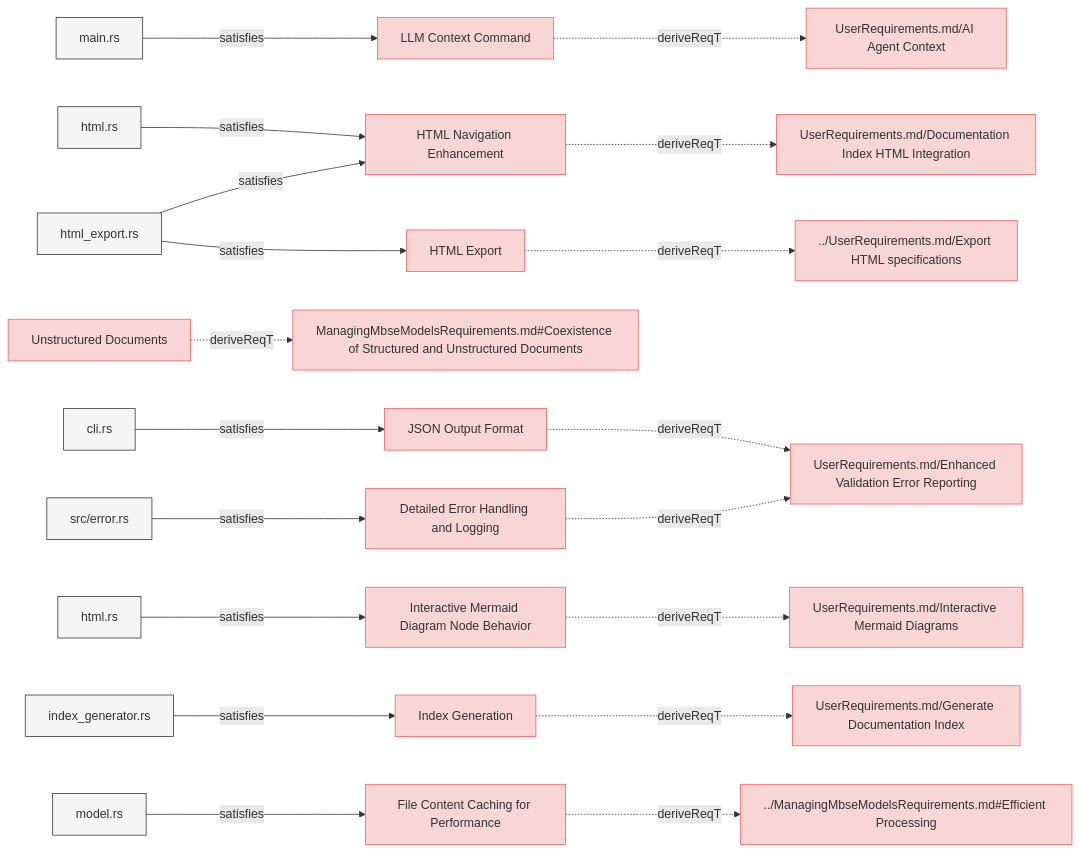
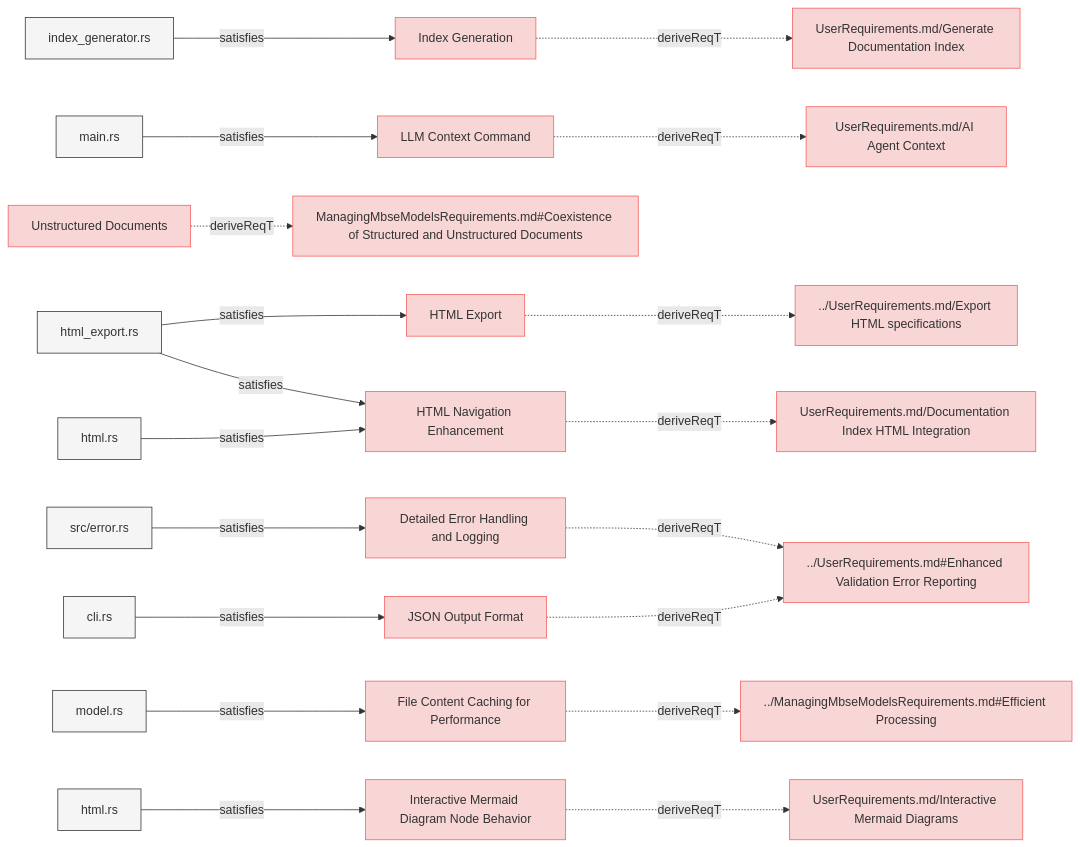
One commit to reqvire-org/reqvire changed the third of 8 diagrams in specifications/SystemRequirements/Requirements.md. Above: the diagram before and after it, drawn with Mermaid. The commit also changed other lines of this file and 16 other files, not shown here.

````diff
--- a/specifications/SystemRequirements/Requirements.md
+++ b/specifications/SystemRequirements/Requirements.md
@@ -236,97 +236,97 @@
   classDef externalLink fill:#d0e0ff,stroke:#3080ff,stroke-width:1px;
   classDef default fill:#f5f5f5,stroke:#333333,stroke-width:1px;
 
+  3b4bfa0725509a0e["Index Generation"];
+  click 3b4bfa0725509a0e "https://github.com/Reqvire/reqvire/blob/30536324899084e88969175e3613c971ffa6e108/specifications/SystemRequirements/Requirements.md#index-generation";
+  class 3b4bfa0725509a0e requirement;
+  9019be8bfdc22b35["UserRequirements.md/Generate Documentation Index"];
+  class 9019be8bfdc22b35 requirement;
+  click 9019be8bfdc22b35 "https://github.com/Reqvire/reqvire/blob/30536324899084e88969175e3613c971ffa6e108/specifications/UserRequirements.md#generate-documentation-index";
+  3b4bfa0725509a0e -.->|deriveReqT| 9019be8bfdc22b35;
+  3461f4a59371fd45["index_generator.rs"];
+  class 3461f4a59371fd45 default;
+  click 3461f4a59371fd45 "https://github.com/Reqvire/reqvire/blob/30536324899084e88969175e3613c971ffa6e108/core/src/index_generator.rs";
+  3461f4a59371fd45 -->|satisfies| 3b4bfa0725509a0e;
   d177913fffd1ed11["LLM Context Command"];
-  click d177913fffd1ed11 "https://github.com/Reqvire/reqvire/blob/92e82ef235559b4819fd85d700024b79b452d8e3/specifications/SystemRequirements/Requirements.md#llm-context-command";
+  click d177913fffd1ed11 "https://github.com/Reqvire/reqvire/blob/30536324899084e88969175e3613c971ffa6e108/specifications/SystemRequirements/Requirements.md#llm-context-command";
   class d177913fffd1ed11 requirement;
   7fd9156eac77c270["UserRequirements.md/AI Agent Context"];
   class 7fd9156eac77c270 requirement;
-  click 7fd9156eac77c270 "https://github.com/Reqvire/reqvire/blob/92e82ef235559b4819fd85d700024b79b452d8e3/specifications/UserRequirements.md#ai-agent-context";
+  click 7fd9156eac77c270 "https://github.com/Reqvire/reqvire/blob/30536324899084e88969175e3613c971ffa6e108/specifications/UserRequirements.md#ai-agent-context";
   d177913fffd1ed11 -.->|deriveReqT| 7fd9156eac77c270;
   615a0f4ad2620118["main.rs"];
   class 615a0f4ad2620118 default;
-  click 615a0f4ad2620118 "https://github.com/Reqvire/reqvire/blob/92e82ef235559b4819fd85d700024b79b452d8e3/cli/src/main.rs";
+  click 615a0f4ad2620118 "https://github.com/Reqvire/reqvire/blob/30536324899084e88969175e3613c971ffa6e108/cli/src/main.rs";
   615a0f4ad2620118 -->|satisfies| d177913fffd1ed11;
+  a2b1d4ec64cbd441["HTML Export"];
+  click a2b1d4ec64cbd441 "https://github.com/Reqvire/reqvire/blob/30536324899084e88969175e3613c971ffa6e108/specifications/SystemRequirements/Requirements.md#html-export";
+  class a2b1d4ec64cbd441 requirement;
+  d9686a154fe87b2["../UserRequirements.md/Export HTML specifications"];
+  class d9686a154fe87b2 requirement;
+  click d9686a154fe87b2 "https://github.com/Reqvire/reqvire/blob/30536324899084e88969175e3613c971ffa6e108/specifications/UserRequirements.md#export-html-specifications";
+  a2b1d4ec64cbd441 -.->|deriveReqT| d9686a154fe87b2;
+  5dbf1a3141d3defb["html_export.rs"];
+  class 5dbf1a3141d3defb default;
+  click 5dbf1a3141d3defb "https://github.com/Reqvire/reqvire/blob/30536324899084e88969175e3613c971ffa6e108/core/src/html_export.rs";
+  5dbf1a3141d3defb -->|satisfies| a2b1d4ec64cbd441;
+  3f1abb8fd2d7c9c2["Unstructured Documents"];
+  click 3f1abb8fd2d7c9c2 "https://github.com/Reqvire/reqvire/blob/30536324899084e88969175e3613c971ffa6e108/specifications/SystemRequirements/Requirements.md#unstructured-documents";
+  class 3f1abb8fd2d7c9c2 requirement;
+  da5831ca85881025["ManagingMbseModelsRequirements.md#Coexistence of Structured and Unstructured Documents"];
+  class da5831ca85881025 requirement;
+  click da5831ca85881025 "https://github.com/Reqvire/reqvire/blob/30536324899084e88969175e3613c971ffa6e108/specifications/ManagingMbseModelsRequirements.md#coexistence-of-structured-and-unstructured-documents";
+  3f1abb8fd2d7c9c2 -.->|deriveReqT| da5831ca85881025;
+  d72f6096b9a5dd8e["Detailed Error Handling and Logging"];
+  click d72f6096b9a5dd8e "https://github.com/Reqvire/reqvire/blob/30536324899084e88969175e3613c971ffa6e108/specifications/SystemRequirements/Requirements.md#detailed-error-handling-and-logging";
+  class d72f6096b9a5dd8e requirement;
+  3d2fe0b05ff9c8e3["../UserRequirements.md#Enhanced Validation Error Reporting"];
+  class 3d2fe0b05ff9c8e3 requirement;
+  click 3d2fe0b05ff9c8e3 "https://github.com/Reqvire/reqvire/blob/30536324899084e88969175e3613c971ffa6e108/specifications/UserRequirements.md#enhanced-validation-error-reporting";
+  d72f6096b9a5dd8e -.->|deriveReqT| 3d2fe0b05ff9c8e3;
+  af1374ae222fbd72["src/error.rs"];
+  class af1374ae222fbd72 default;
+  click af1374ae222fbd72 "https://github.com/Reqvire/reqvire/blob/30536324899084e88969175e3613c971ffa6e108/core/src/error.rs";
+  af1374ae222fbd72 -->|satisfies| d72f6096b9a5dd8e;
+  ea45d7ea45c8ee7e["File Content Caching for Performance"];
+  click ea45d7ea45c8ee7e "https://github.com/Reqvire/reqvire/blob/30536324899084e88969175e3613c971ffa6e108/specifications/SystemRequirements/Requirements.md#file-content-caching-for-performance";
+  class ea45d7ea45c8ee7e requirement;
+  386d7b145d008870["../ManagingMbseModelsRequirements.md#Efficient Processing"];
+  class 386d7b145d008870 requirement;
+  click 386d7b145d008870 "https://github.com/Reqvire/reqvire/blob/30536324899084e88969175e3613c971ffa6e108/specifications/ManagingMbseModelsRequirements.md#efficient-processing";
+  ea45d7ea45c8ee7e -.->|deriveReqT| 386d7b145d008870;
+  36fd2b1e82621caf["model.rs"];
+  class 36fd2b1e82621caf default;
+  click 36fd2b1e82621caf "https://github.com/Reqvire/reqvire/blob/30536324899084e88969175e3613c971ffa6e108/core/src/model.rs";
+  36fd2b1e82621caf -->|satisfies| ea45d7ea45c8ee7e;
   1550bb73b8029cb["HTML Navigation Enhancement"];
-  click 1550bb73b8029cb "https://github.com/Reqvire/reqvire/blob/92e82ef235559b4819fd85d700024b79b452d8e3/specifications/SystemRequirements/Requirements.md#html-navigation-enhancement";
+  click 1550bb73b8029cb "https://github.com/Reqvire/reqvire/blob/30536324899084e88969175e3613c971ffa6e108/specifications/SystemRequirements/Requirements.md#html-navigation-enhancement";
   class 1550bb73b8029cb requirement;
   b5146db7aedfd66["UserRequirements.md/Documentation Index HTML Integration"];
   class b5146db7aedfd66 requirement;
-  click b5146db7aedfd66 "https://github.com/Reqvire/reqvire/blob/92e82ef235559b4819fd85d700024b79b452d8e3/specifications/UserRequirements.md#documentation-index-html-integration";
+  click b5146db7aedfd66 "https://github.com/Reqvire/reqvire/blob/30536324899084e88969175e3613c971ffa6e108/specifications/UserRequirements.md#documentation-index-html-integration";
   1550bb73b8029cb -.->|deriveReqT| b5146db7aedfd66;
   59e3b5b3087497da["html.rs"];
   class 59e3b5b3087497da default;
-  click 59e3b5b3087497da "https://github.com/Reqvire/reqvire/blob/92e82ef235559b4819fd85d700024b79b452d8e3/core/src/html.rs";
+  click 59e3b5b3087497da "https://github.com/Reqvire/reqvire/blob/30536324899084e88969175e3613c971ffa6e108/core/src/html.rs";
   59e3b5b3087497da -->|satisfies| 1550bb73b8029cb;
-  5dbf1a3141d3defb["html_export.rs"];
-  class 5dbf1a3141d3defb default;
-  click 5dbf1a3141d3defb "https://github.com/Reqvire/reqvire/blob/92e82ef235559b4819fd85d700024b79b452d8e3/core/src/html_export.rs";
   5dbf1a3141d3defb -->|satisfies| 1550bb73b8029cb;
-  3f1abb8fd2d7c9c2["Unstructured Documents"];
-  click 3f1abb8fd2d7c9c2 "https://github.com/Reqvire/reqvire/blob/92e82ef235559b4819fd85d700024b79b452d8e3/specifications/SystemRequirements/Requirements.md#unstructured-documents";
-  class 3f1abb8fd2d7c9c2 requirement;
-  da5831ca85881025["ManagingMbseModelsRequirements.md#Coexistence of Structured and Unstructured Documents"];
-  class da5831ca85881025 requirement;
-  click da5831ca85881025 "https://github.com/Reqvire/reqvire/blob/92e82ef235559b4819fd85d700024b79b452d8e3/specifications/ManagingMbseModelsRequirements.md#coexistence-of-structured-and-unstructured-documents";
-  3f1abb8fd2d7c9c2 -.->|deriveReqT| da5831ca85881025;
   bf6c9ff8abbc637b["JSON Output Format"];
-  click bf6c9ff8abbc637b "https://github.com/Reqvire/reqvire/blob/92e82ef235559b4819fd85d700024b79b452d8e3/specifications/SystemRequirements/Requirements.md#json-output-format";
+  click bf6c9ff8abbc637b "https://github.com/Reqvire/reqvire/blob/30536324899084e88969175e3613c971ffa6e108/specifications/SystemRequirements/Requirements.md#json-output-format";
   class bf6c9ff8abbc637b requirement;
-  3d2fe0b05ff9c8e3["UserRequirements.md/Enhanced Validation Error Reporting"];
-  class 3d2fe0b05ff9c8e3 requirement;
-  click 3d2fe0b05ff9c8e3 "https://github.com/Reqvire/reqvire/blob/92e82ef235559b4819fd85d700024b79b452d8e3/specifications/UserRequirements.md#enhanced-validation-error-reporting";
   bf6c9ff8abbc637b -.->|deriveReqT| 3d2fe0b05ff9c8e3;
   2f21d2133dbfd205["cli.rs"];
   class 2f21d2133dbfd205 default;
-  click 2f21d2133dbfd205 "https://github.com/Reqvire/reqvire/blob/92e82ef235559b4819fd85d700024b79b452d8e3/cli/src/cli.rs";
+  click 2f21d2133dbfd205 "https://github.com/Reqvire/reqvire/blob/30536324899084e88969175e3613c971ffa6e108/cli/src/cli.rs";
   2f21d2133dbfd205 -->|satisfies| bf6c9ff8abbc637b;
   a17b8052345712d7["Interactive Mermaid Diagram Node Behavior"];
-  click a17b8052345712d7 "https://github.com/Reqvire/reqvire/blob/92e82ef235559b4819fd85d700024b79b452d8e3/specifications/SystemRequirements/Requirements.md#interactive-mermaid-diagram-node-behavior";
+  click a17b8052345712d7 "https://github.com/Reqvire/reqvire/blob/30536324899084e88969175e3613c971ffa6e108/specifications/SystemRequirements/Requirements.md#interactive-mermaid-diagram-node-behavior";
   class a17b8052345712d7 requirement;
   b8997351b6f34048["UserRequirements.md/Interactive Mermaid Diagrams"];
   class b8997351b6f34048 requirement;
-  click b8997351b6f34048 "https://github.com/Reqvire/reqvire/blob/92e82ef235559b4819fd85d700024b79b452d8e3/specifications/UserRequirements.md#interactive-mermaid-diagrams";
+  click b8997351b6f34048 "https://github.com/Reqvire/reqvire/blob/30536324899084e88969175e3613c971ffa6e108/specifications/UserRequirements.md#interactive-mermaid-diagrams";
   a17b8052345712d7 -.->|deriveReqT| b8997351b6f34048;
   95f7dce6aff47396["html.rs"];
   class 95f7dce6aff47396 default;
-  click 95f7dce6aff47396 "https://github.com/Reqvire/reqvire/blob/92e82ef235559b4819fd85d700024b79b452d8e3/core/src/diagrams.rs";
+  click 95f7dce6aff47396 "https://github.com/Reqvire/reqvire/blob/30536324899084e88969175e3613c971ffa6e108/core/src/diagrams.rs";
   95f7dce6aff47396 -->|satisfies| a17b8052345712d7;
-  3b4bfa0725509a0e["Index Generation"];
-  click 3b4bfa0725509a0e "https://github.com/Reqvire/reqvire/blob/92e82ef235559b4819fd85d700024b79b452d8e3/specifications/SystemRequirements/Requirements.md#index-generation";
-  class 3b4bfa0725509a0e requirement;
-  9019be8bfdc22b35["UserRequirements.md/Generate Documentation Index"];
-  class 9019be8bfdc22b35 requirement;
-  click 9019be8bfdc22b35 "https://github.com/Reqvire/reqvire/blob/92e82ef235559b4819fd85d700024b79b452d8e3/specifications/UserRequirements.md#generate-documentation-index";
-  3b4bfa0725509a0e -.->|deriveReqT| 9019be8bfdc22b35;
-  3461f4a59371fd45["index_generator.rs"];
-  class 3461f4a59371fd45 default;
-  click 3461f4a59371fd45 "https://github.com/Reqvire/reqvire/blob/92e82ef235559b4819fd85d700024b79b452d8e3/core/src/index_generator.rs";
-  3461f4a59371fd45 -->|satisfies| 3b4bfa0725509a0e;
-  a2b1d4ec64cbd441["HTML Export"];
-  click a2b1d4ec64cbd441 "https://github.com/Reqvire/reqvire/blob/92e82ef235559b4819fd85d700024b79b452d8e3/specifications/SystemRequirements/Requirements.md#html-export";
-  class a2b1d4ec64cbd441 requirement;
-  d9686a154fe87b2["../UserRequirements.md/Export HTML specifications"];
-  class d9686a154fe87b2 requirement;
-  click d9686a154fe87b2 "https://github.com/Reqvire/reqvire/blob/92e82ef235559b4819fd85d700024b79b452d8e3/specifications/UserRequirements.md#export-html-specifications";
-  a2b1d4ec64cbd441 -.->|deriveReqT| d9686a154fe87b2;
-  5dbf1a3141d3defb -->|satisfies| a2b1d4ec64cbd441;
-  ea45d7ea45c8ee7e["File Content Caching for Performance"];
-  click ea45d7ea45c8ee7e "https://github.com/Reqvire/reqvire/blob/92e82ef235559b4819fd85d700024b79b452d8e3/specifications/SystemRequirements/Requirements.md#file-content-caching-for-performance";
-  class ea45d7ea45c8ee7e requirement;
-  386d7b145d008870["../ManagingMbseModelsRequirements.md#Efficient Processing"];
-  class 386d7b145d008870 requirement;
-  click 386d7b145d008870 "https://github.com/Reqvire/reqvire/blob/92e82ef235559b4819fd85d700024b79b452d8e3/specifications/ManagingMbseModelsRequirements.md#efficient-processing";
-  ea45d7ea45c8ee7e -.->|deriveReqT| 386d7b145d008870;
-  36fd2b1e82621caf["model.rs"];
-  class 36fd2b1e82621caf default;
-  click 36fd2b1e82621caf "https://github.com/Reqvire/reqvire/blob/92e82ef235559b4819fd85d700024b79b452d8e3/core/src/model.rs";
-  36fd2b1e82621caf -->|satisfies| ea45d7ea45c8ee7e;
-  d72f6096b9a5dd8e["Detailed Error Handling and Logging"];
-  click d72f6096b9a5dd8e "https://github.com/Reqvire/reqvire/blob/92e82ef235559b4819fd85d700024b79b452d8e3/specifications/SystemRequirements/Requirements.md#detailed-error-handling-and-logging";
-  class d72f6096b9a5dd8e requirement;
-  d72f6096b9a5dd8e -.->|deriveReqT| 3d2fe0b05ff9c8e3;
-  af1374ae222fbd72["src/error.rs"];
-  class af1374ae222fbd72 default;
-  click af1374ae222fbd72 "https://github.com/Reqvire/reqvire/blob/92e82ef235559b4819fd85d700024b79b452d8e3/core/src/error.rs";
-  af1374ae222fbd72 -->|satisfies| d72f6096b9a5dd8e;
 ```
````
